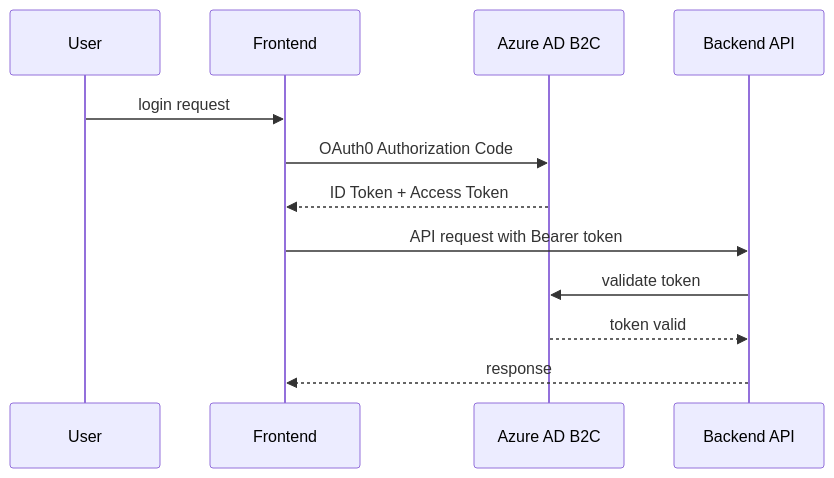
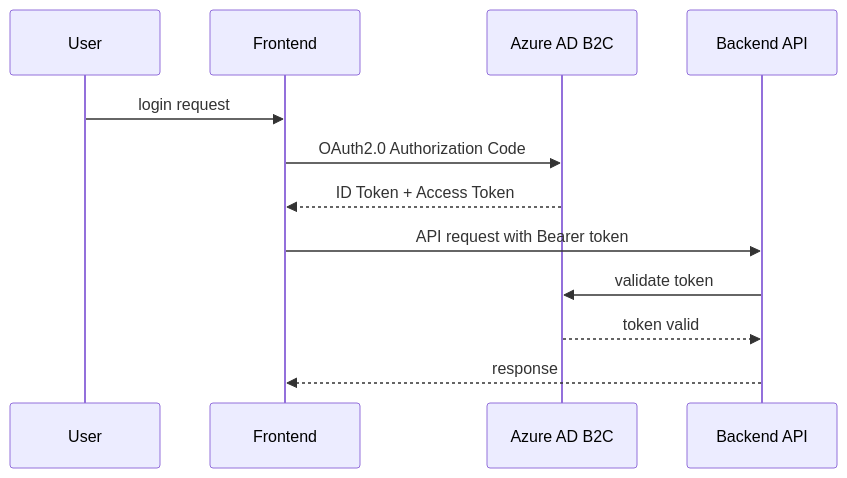
One commit to Takayuki-Isrg/Java changed the diagram in RealTimeImageAnalysis/docs/security_design.md. Above: the diagram before and after it, drawn with Mermaid. The commit also changed 4 other files, not shown here.

````diff
--- a/RealTimeImageAnalysis/docs/security_design.md
+++ b/RealTimeImageAnalysis/docs/security_design.md
@@ -5,15 +5,15 @@
 ```mermaid
 sequenceDiagram
   participant User
   participant FE as Frontend
   participant AD as Azure AD B2C
   participant BE as Backend API
 
   User->>FE: login request
-  FE->>AD: OAuth0 Authorization Code
+  FE->>AD: OAuth2.0 Authorization Code
   AD-->>FE: ID Token + Access Token
   FE->>BE: API request with Bearer token
   BE->>AD: validate token
   AD-->>BE: token valid
   BE-->>FE: response
 ```
````
